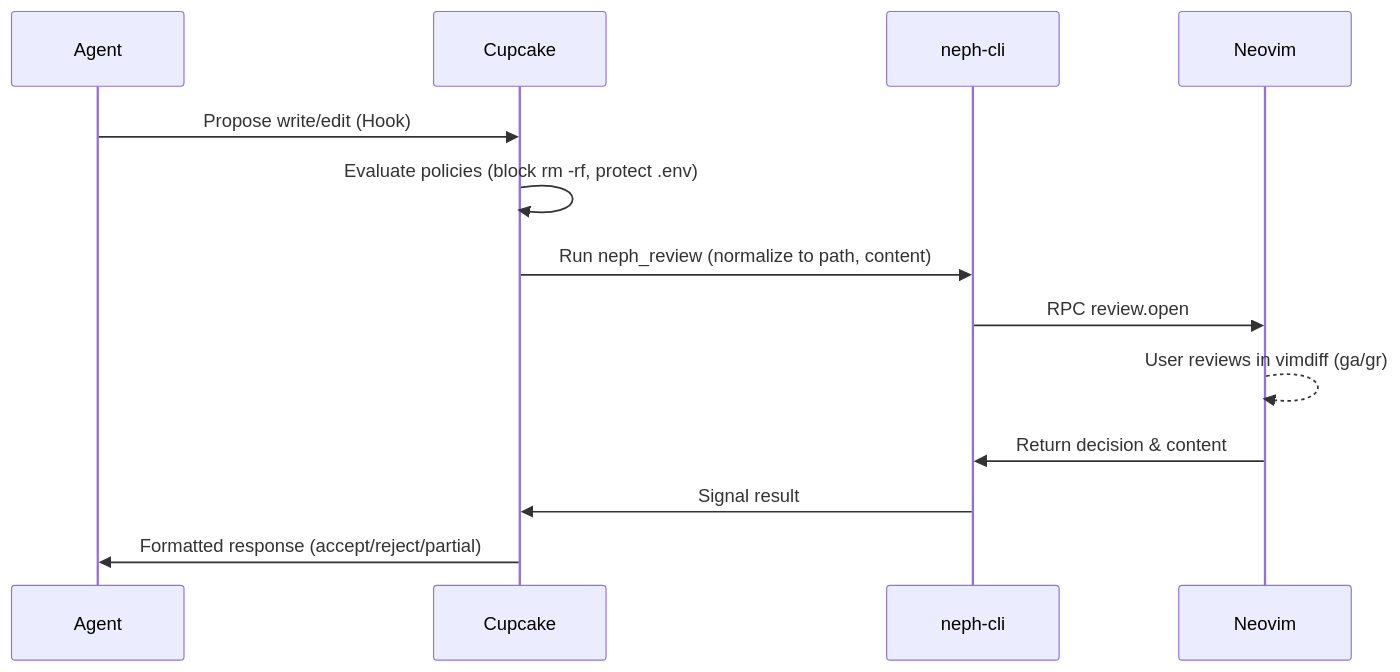
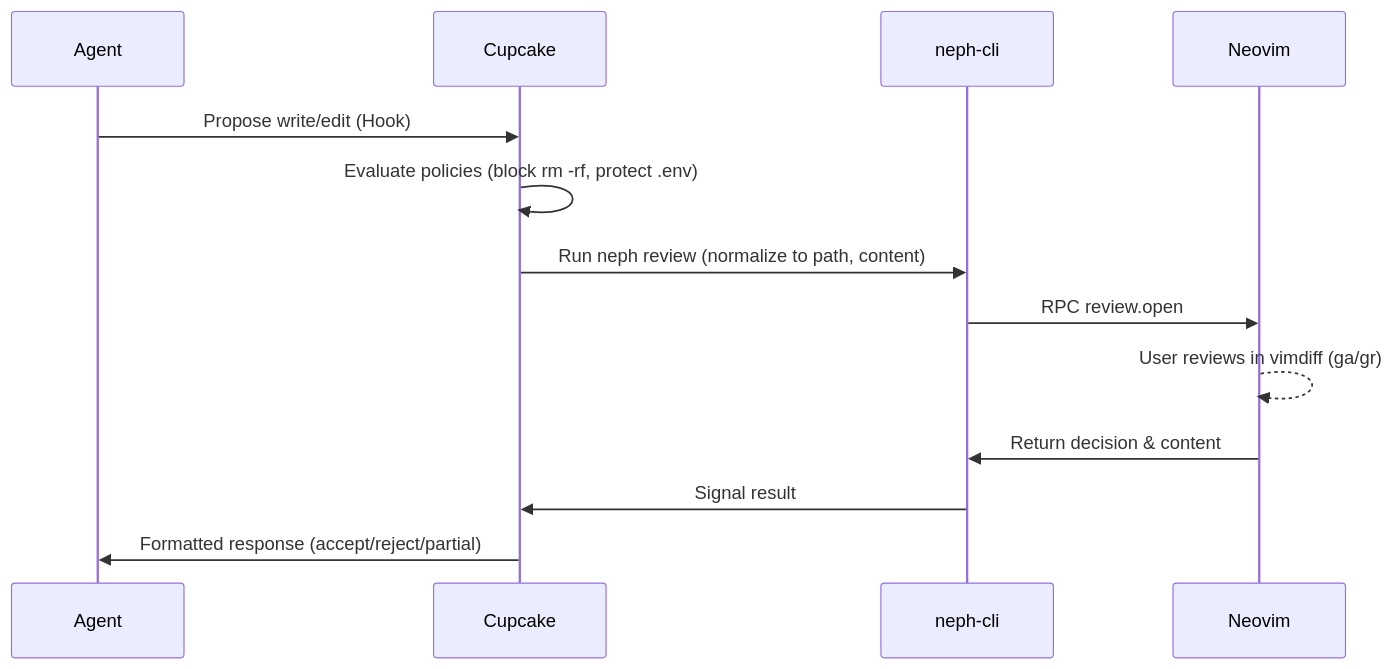
One commit to roshbhatia/neph.nvim changed the second of 2 diagrams in docs/docs.md. Above: the diagram before and after it, drawn with Mermaid. The commit also changed other lines of this file, not shown here.

First line of the commit message:
docs: update architecture, flows, and API endpoints

````diff
--- a/docs/docs.md
+++ b/docs/docs.md
@@ -26,16 +26,16 @@
 ```mermaid
 sequenceDiagram
     participant A as Agent
     participant C as Cupcake
     participant NCLI as neph-cli
     participant NV as Neovim
 
     A->>C: Propose write/edit (Hook)
     C->>C: Evaluate policies (block rm -rf, protect .env)
-    C->>NCLI: Run neph_review (normalize to path, content)
+    C->>NCLI: Run neph review (normalize to path, content)
     NCLI->>NV: RPC review.open
     NV-->>NV: User reviews in vimdiff (ga/gr)
     NV->>NCLI: Return decision & content
     NCLI->>C: Signal result
     C->>A: Formatted response (accept/reject/partial)
 ```
````
